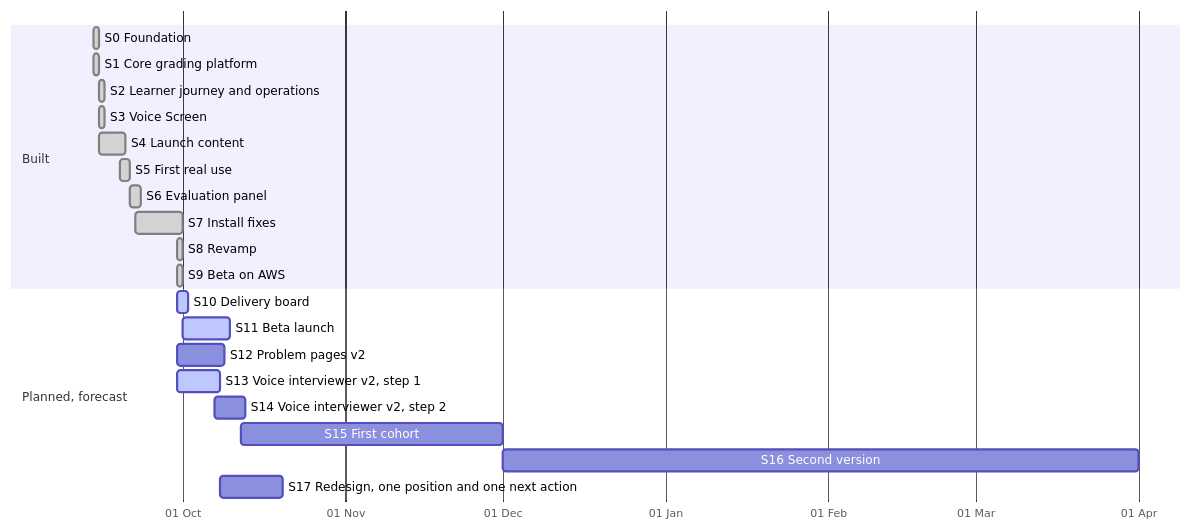
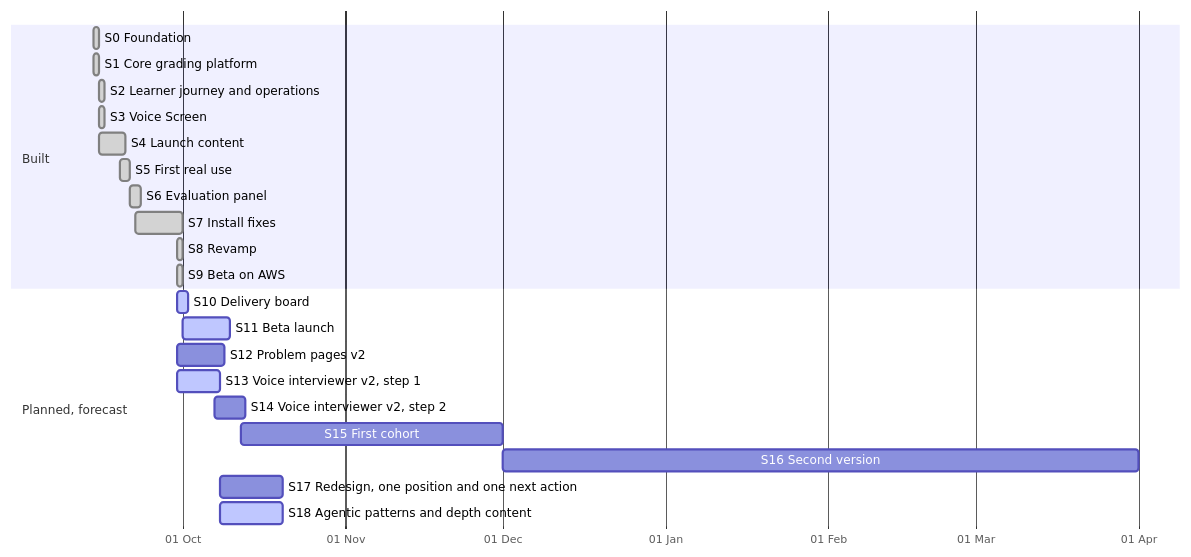
Before and after one commit to fde-academy-lab/fdeprep: the diagram in docs/project/README.md, drawn with Mermaid. The commit also changed 12 other files, not shown here.

First line of the commit message:
Add content batch 3: reranking, graph retrieval, two design problems, S18

````diff
--- a/docs/project/README.md
+++ b/docs/project/README.md
@@ -28,25 +28,26 @@
 ```mermaid
 gantt
   dateFormat YYYY-MM-DD
   axisFormat %d %b
   section Built
   S0 Foundation :done, s0, 2026-09-14, 1d
   S1 Core grading platform :done, s1, 2026-09-14, 1d
   S2 Learner journey and operations :done, s2, 2026-09-15, 1d
   S3 Voice Screen :done, s3, 2026-09-15, 1d
   S4 Launch content :done, s4, 2026-09-15, 5d
   S5 First real use :done, s5, 2026-09-19, 2d
   S6 Evaluation panel :done, s6, 2026-09-21, 2d
   S7 Install fixes :done, s7, 2026-09-22, 9d
   S8 Revamp :done, s8, 2026-09-30, 1d
   S9 Beta on AWS :done, s9, 2026-09-30, 1d
   section Planned, forecast
   S10 Delivery board :active, s10, 2026-09-30, 2d
   S11 Beta launch :active, s11, 2026-10-01, 9d
   S12 Problem pages v2 :s12, 2026-09-30, 9d
   S13 Voice interviewer v2, step 1 :active, s13, 2026-09-30, 8d
   S14 Voice interviewer v2, step 2 :s14, 2026-10-07, 6d
   S15 First cohort :s15, 2026-10-12, 50d
   S16 Second version :s16, 2026-12-01, 121d
   S17 Redesign, one position and one next action :s17, 2026-10-08, 12d
+  S18 Agentic patterns and depth content :active, s18, 2026-10-08, 12d
 ```
````
